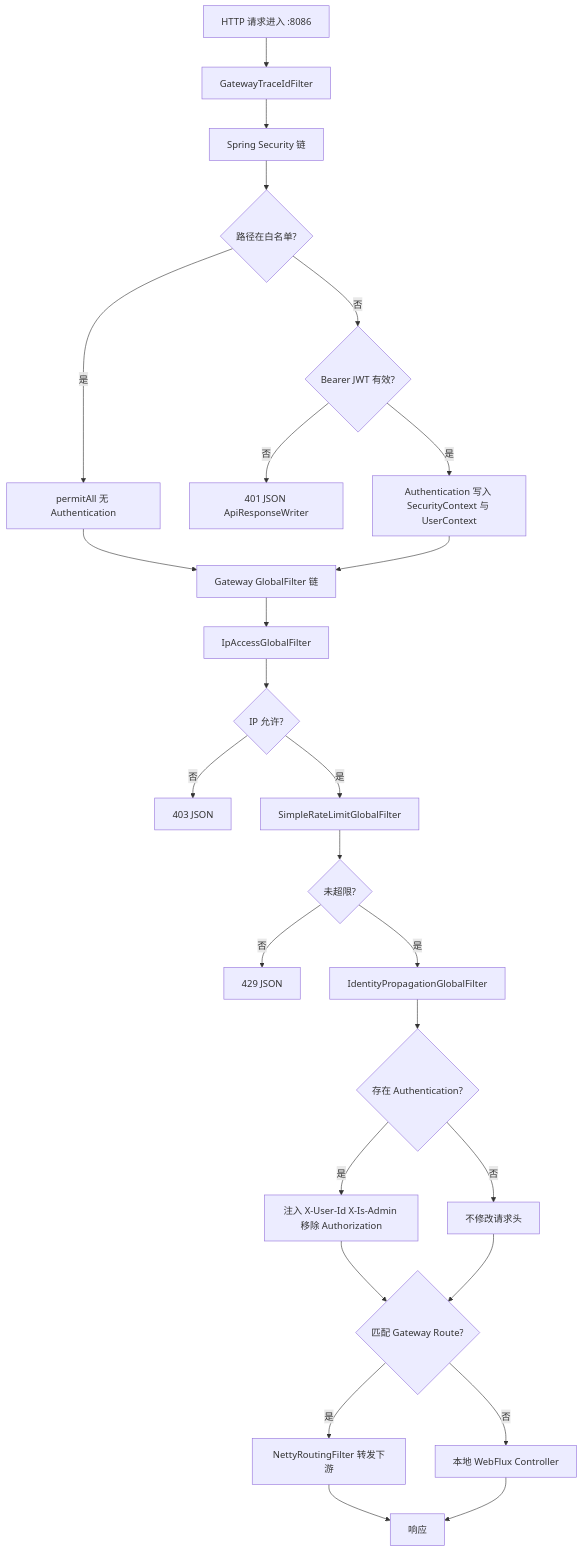
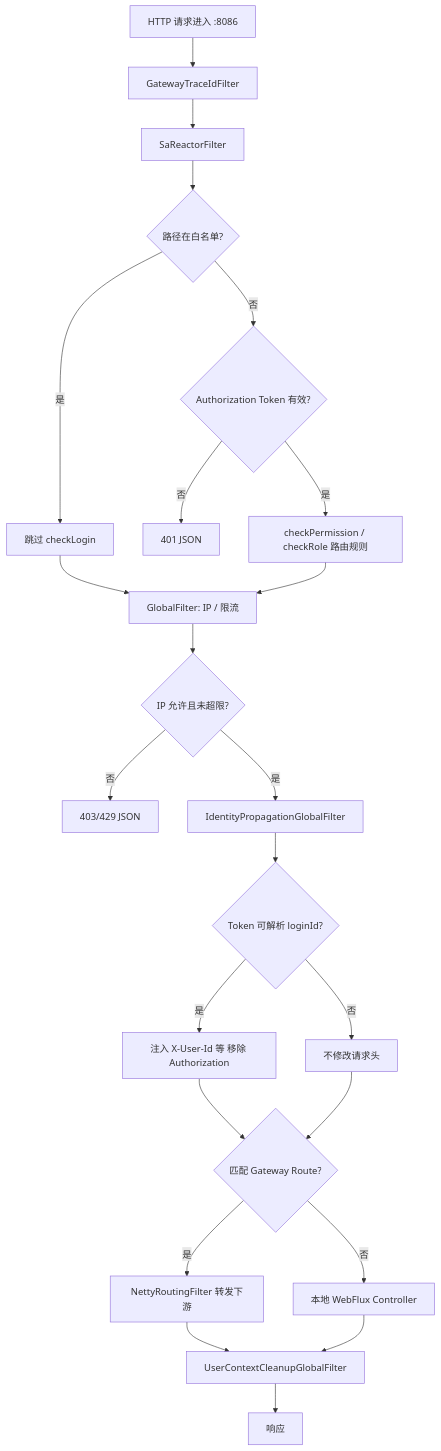
Before and after one commit to ZjlShenshiqing/EnterpriseKnowledgeWorkspace: the first of 4 diagrams in docs/gateway-service-code-analysis.md, drawn with Mermaid. The commit also changed other lines of this file and 19 other files, not shown here.

````diff
--- a/docs/gateway-service-code-analysis.md
+++ b/docs/gateway-service-code-analysis.md
@@ -279,28 +385,25 @@
 ```mermaid
 flowchart TD
     A[HTTP 请求进入 :8086] --> B[GatewayTraceIdFilter]
-    B --> C[Spring Security 链]
+    B --> C[SaReactorFilter]
     C --> D{路径在白名单?}
-    D -->|是| E[permitAll 无 Authentication]
-    D -->|否| F{Bearer JWT 有效?}
-    F -->|否| Z401[401 JSON ApiResponseWriter]
-    F -->|是| G[Authentication 写入 SecurityContext 与 UserContext]
-    E --> H[Gateway GlobalFilter 链]
+    D -->|是| E[跳过 checkLogin]
+    D -->|否| F{Authorization Token 有效?}
+    F -->|否| Z401[401 JSON]
+    F -->|是| G[checkPermission / checkRole 路由规则]
+    E --> H[GlobalFilter: IP / 限流]
     G --> H
-    H --> I[IpAccessGlobalFilter]
-    I --> J{IP 允许?}
-    J -->|否| Z403[403 JSON]
-    J -->|是| K[SimpleRateLimitGlobalFilter]
-    K --> L{未超限?}
-    L -->|否| Z429[429 JSON]
-    L -->|是| M[IdentityPropagationGlobalFilter]
-    M --> N{存在 Authentication?}
-    N -->|是| O[注入 X-User-Id X-Is-Admin 移除 Authorization]
-    N -->|否| P[不修改请求头]
-    O --> Q{匹配 Gateway Route?}
+    H --> I{IP 允许且未超限?}
+    I -->|否| Z403[403/429 JSON]
+    I -->|是| J[IdentityPropagationGlobalFilter]
+    J --> K{Token 可解析 loginId?}
+    K -->|是| L[注入 X-User-Id 等 移除 Authorization]
+    K -->|否| M[不修改请求头]
+    L --> N{匹配 Gateway Route?}
+    M --> N
+    N -->|是| O[NettyRoutingFilter 转发下游]
+    N -->|否| P[本地 WebFlux Controller]
+    O --> Q[UserContextCleanupGlobalFilter]
     P --> Q
-    Q -->|是| R[NettyRoutingFilter 转发下游]
-    Q -->|否| S[本地 WebFlux Controller]
-    R --> T[响应]
-    S --> T
+    Q --> R[响应]
 ```
````
